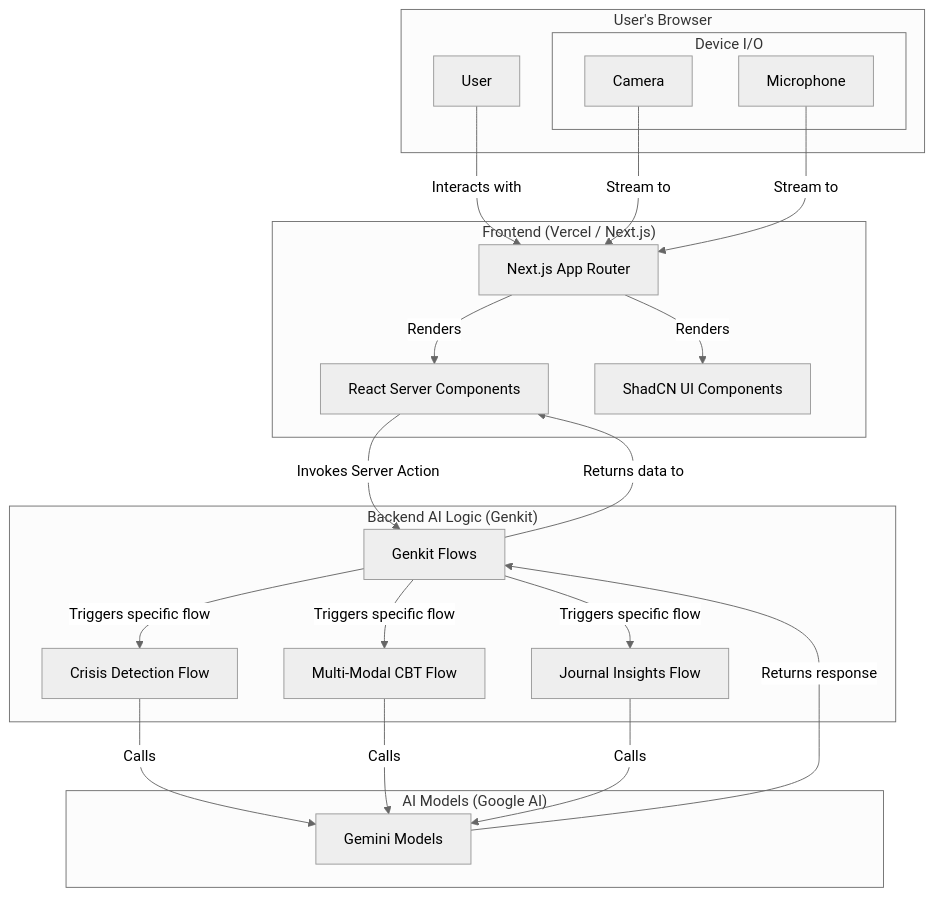
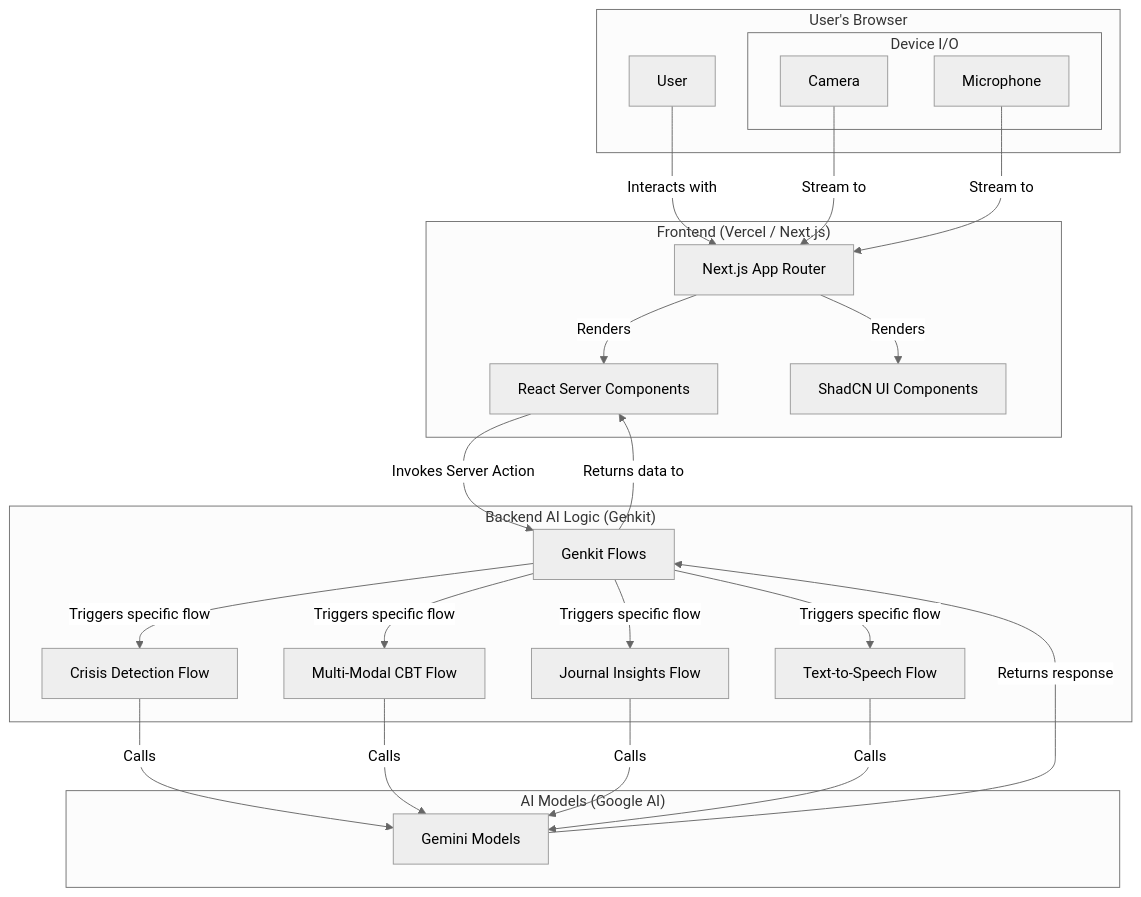
One commit to Utpal-Kalita/Saarthi changed the first of 4 diagrams in src/README.md. Above: the diagram before and after it, drawn with Mermaid (neutral theme). The commit also changed other lines of this file, not shown here.

````diff
--- a/src/README.md
+++ b/src/README.md
@@ -47,41 +47,44 @@
 ```mermaid
 graph TD
     subgraph "User's Browser"
         A[User]
         subgraph "Device I/O"
             Cam[Camera]
             Mic[Microphone]
         end
     end
 
     subgraph "Frontend (Vercel / Next.js)"
         B[Next.js App Router]
         C[React Server Components]
         D[ShadCN UI Components]
     end
 
     subgraph "Backend AI Logic (Genkit)"
         E[Genkit Flows]
         F[Crisis Detection Flow]
         G[Multi-Modal CBT Flow]
         H[Journal Insights Flow]
+        TTS[Text-to-Speech Flow]
     end
 
     subgraph "AI Models (Google AI)"
         I[Gemini Models]
     end
     
     A -- Interacts with --> B
     Cam -- Stream to --> B
     Mic -- Stream to --> B
     B -- Renders --> C & D
     C -- Invokes Server Action --> E
     E -- Triggers specific flow --> F
     E -- Triggers specific flow --> G
     E -- Triggers specific flow --> H
+    E -- Triggers specific flow --> TTS
     F -- Calls --> I
     G -- Calls --> I
     H -- Calls --> I
+    TTS -- Calls --> I
     I -- Returns response --> E
     E -- Returns data to --> C
 ```
````
